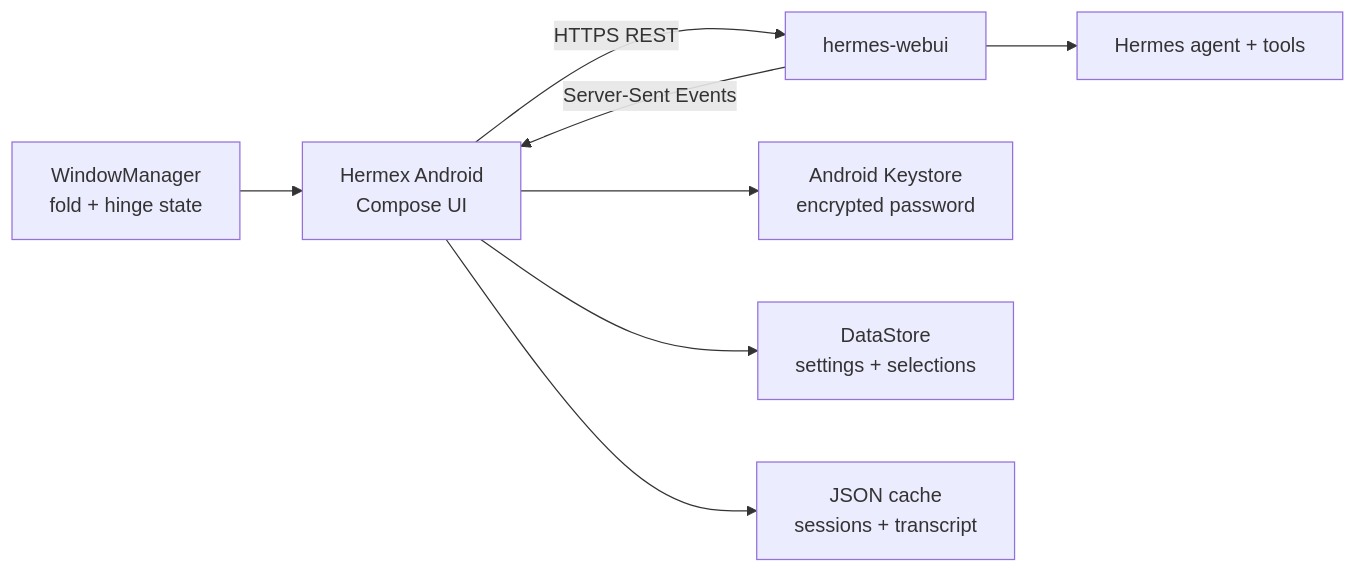
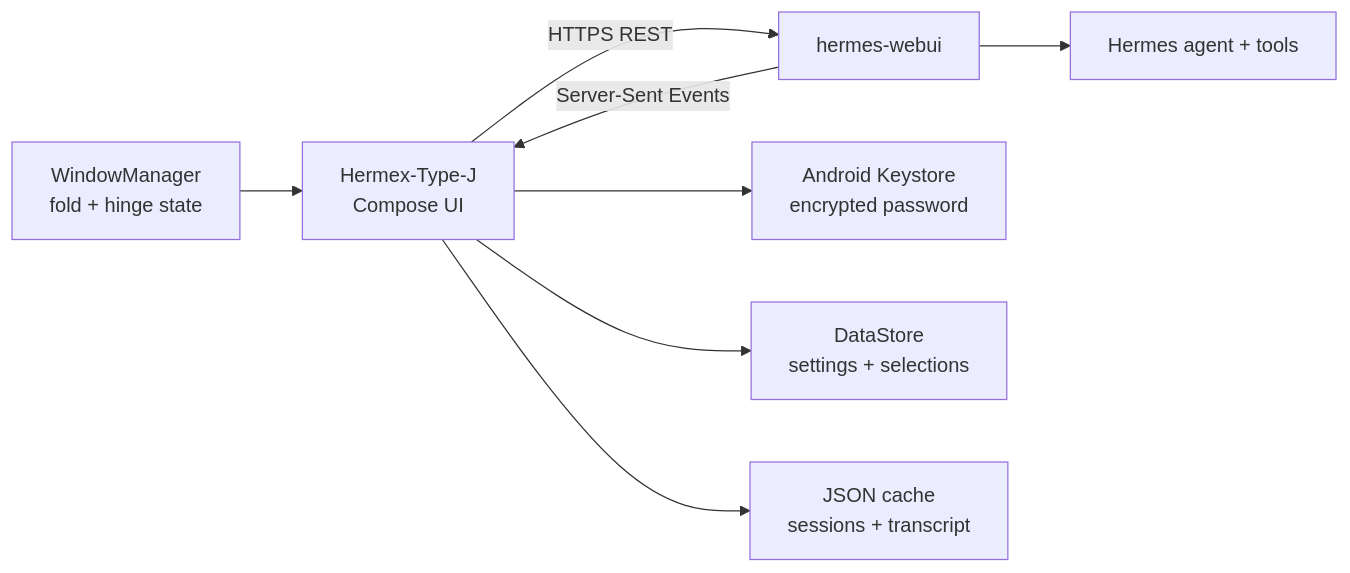
Before and after one commit to MematiBas42/Hermex-Type-J: the diagram in README.md, drawn with Mermaid. The commit also changed other lines of this file and 72 other files, not shown here.

Commit message:
feat(android): expand to Hermex-Type-J 2.0.0

````diff
--- a/README.md
+++ b/README.md
@@ -260,10 +314,10 @@
 ```mermaid
 flowchart LR
-    A[Hermex Android<br/>Compose UI] -->|HTTPS REST| B[hermes-webui]
+    A[Hermex-Type-J<br/>Compose UI] -->|HTTPS REST| B[hermes-webui]
     B -->|Server-Sent Events| A
     B --> C[Hermes agent + tools]
     A --> D[Android Keystore<br/>encrypted password]
     A --> E[DataStore<br/>settings + selections]
     A --> F[JSON cache<br/>sessions + transcript]
     G[WindowManager<br/>fold + hinge state] --> A
 ```
````
